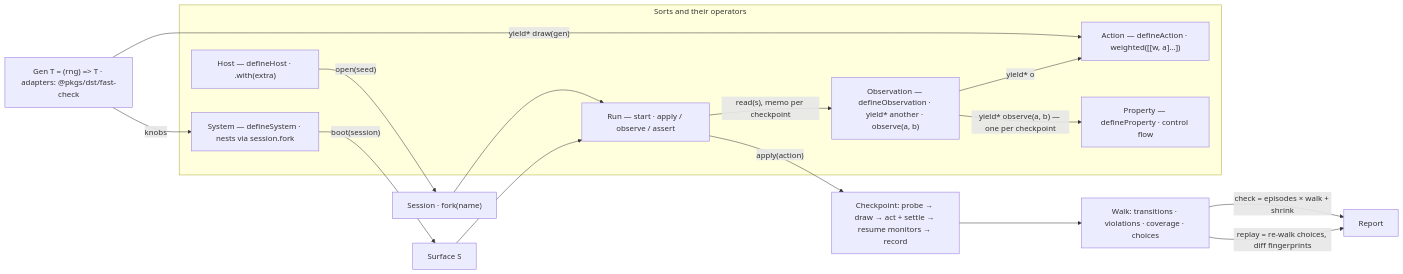
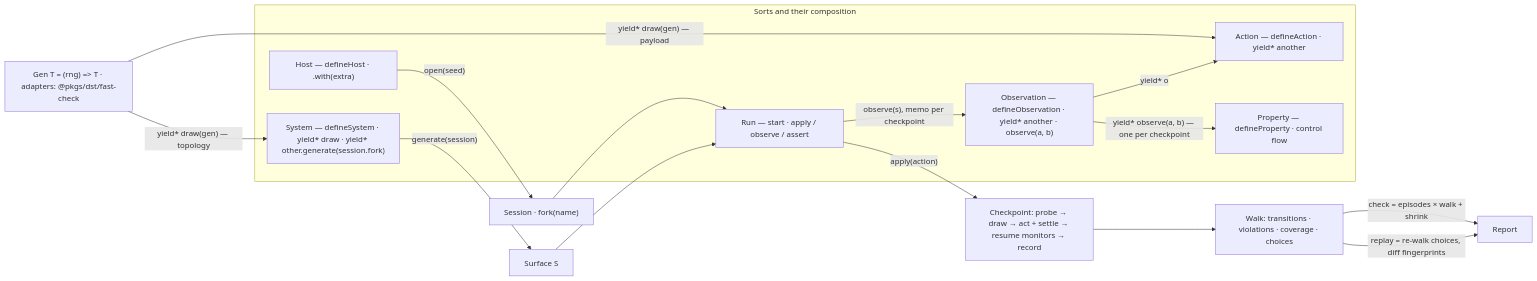
The diagram in .cursor/plans/dst_scenario_host_surface_69426d35.plan.md (crvouga/gamezilla), drawn with Mermaid before and after one commit. The commit also changed other lines of this file and 294 other files, not shown here.

````diff
--- a/.cursor/plans/dst_scenario_host_surface_69426d35.plan.md
+++ b/.cursor/plans/dst_scenario_host_surface_69426d35.plan.md
@@ -84,25 +84,25 @@
 ```mermaid
 flowchart LR
-  subgraph sorts [Sorts and their operators]
+  subgraph sorts [Sorts and their composition]
     Host["Host — defineHost · .with(extra)"]
-    System["System — defineSystem · nests via session.fork"]
+    System["System — defineSystem · yield* draw · yield* other.generate(session.fork)"]
     Observation["Observation — defineObservation · yield* another · observe(a, b)"]
-    Action["Action — defineAction · weighted([[w, a]…])"]
+    Action["Action — defineAction · yield* another"]
     Property["Property — defineProperty · control flow"]
     Run["Run — start · apply / observe / assert"]
   end
   Gen["Gen T = (rng) => T · adapters: @pkgs/dst/fast-check"]
   Host -->|"open(seed)"| Session["Session · fork(name)"]
-  System -->|"boot(session)"| Surface["Surface S"]
-  Gen -->|"knobs"| System
-  Gen -->|"yield* draw(gen)"| Action
+  System -->|"generate(session)"| Surface["Surface S"]
+  Gen -->|"yield* draw(gen) — topology"| System
+  Gen -->|"yield* draw(gen) — payload"| Action
   Session --> Run
   Surface --> Run
-  Run -->|"read(s), memo per checkpoint"| Observation
+  Run -->|"observe(s), memo per checkpoint"| Observation
   Observation -->|"yield* o"| Action
   Observation -->|"yield* observe(a, b) — one per checkpoint"| Property
   Run -->|"apply(action)"| Checkpoint["Checkpoint: probe → draw → act + settle → resume monitors → record"]
   Checkpoint --> Walk["Walk: transitions · violations · coverage · choices"]
   Walk -->|"check = episodes × walk + shrink"| Report
   Walk -->|"replay = re-walk choices, diff fingerprints"| Report
 ```
````
